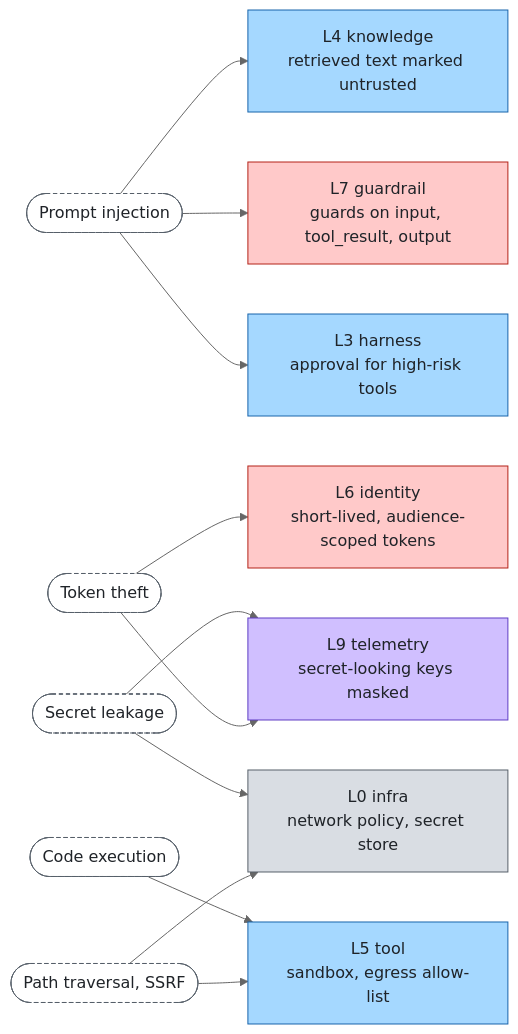
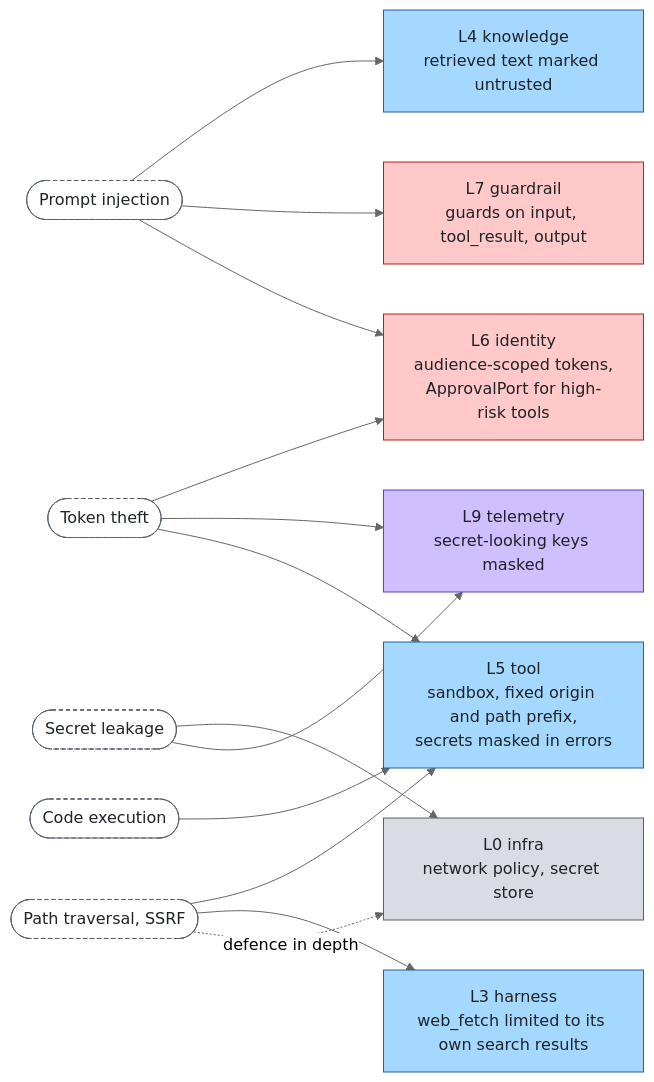
One commit to aantenore/agent-layers changed the diagram in docs/cross-cutting/security.md. Above: the diagram before and after it, drawn with Mermaid (neutral theme). The commit also changed other lines of this file, not shown here.

Commit message:
docs: threat map and rules match the implemented mitigations

````diff
--- a/docs/cross-cutting/security.md
+++ b/docs/cross-cutting/security.md
@@ -25,30 +26,32 @@
 ```mermaid
 flowchart LR
   inj(["Prompt injection"]):::external
   tok(["Token theft"]):::external
   ssrf(["Path traversal, SSRF"]):::external
   sec(["Secret leakage"]):::external
   code(["Code execution"]):::external
   knowledge["L4 knowledge<br/>retrieved text marked untrusted"]:::agent
   guardrail["L7 guardrail<br/>guards on input, tool_result, output"]:::control
-  harness["L3 harness<br/>approval for high-risk tools"]:::agent
-  identity["L6 identity<br/>short-lived, audience-scoped tokens"]:::control
+  harness["L3 harness<br/>web_fetch limited to its own search results"]:::agent
+  identity["L6 identity<br/>audience-scoped tokens,<br/>ApprovalPort for high-risk tools"]:::control
   telemetry["L9 telemetry<br/>secret-looking keys masked"]:::insight
-  tool["L5 tool<br/>sandbox, egress allow-list"]:::agent
+  tool["L5 tool<br/>sandbox, fixed origin and path prefix,<br/>secrets masked in errors"]:::agent
   infra["L0 infra<br/>network policy, secret store"]:::foundation
   inj --> knowledge
   inj --> guardrail
-  inj --> harness
+  inj --> identity
   tok --> identity
   tok --> telemetry
+  tok --> tool
   ssrf --> tool
-  ssrf --> infra
+  ssrf --> harness
+  ssrf -.->|"defence in depth"| infra
   sec --> infra
   sec --> telemetry
   code --> tool
   classDef foundation fill:#d9dde3,stroke:#57606a,color:#1f2328
   classDef agent fill:#a5d8ff,stroke:#1864ab,color:#1f2328
   classDef control fill:#ffc9c9,stroke:#b42318,color:#1f2328
   classDef insight fill:#d0bfff,stroke:#5f3dc4,color:#1f2328
   classDef external fill:#ffffff,stroke:#57606a,color:#1f2328,stroke-dasharray:4 3
 ```
````
